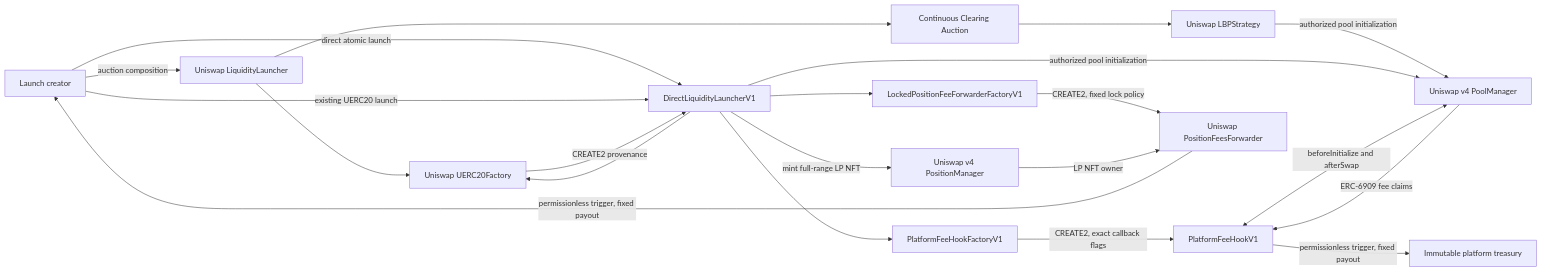
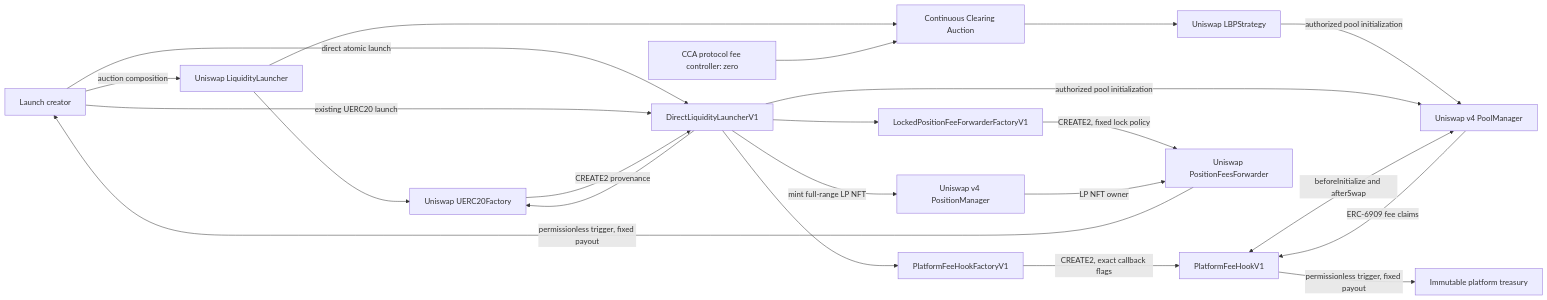
The first of 2 diagrams in contracts/security/diagrams/architecture.md (0xprogrammable/PROGRAMMABLE), drawn with Mermaid before and after one commit. The commit also changed other lines of this file and 26 other files, not shown here.

Commit message:
feat: add official v4 auction launch flow

````diff
--- a/contracts/security/diagrams/architecture.md
+++ b/contracts/security/diagrams/architecture.md
@@ -3,39 +3,41 @@
 ```mermaid
 flowchart LR
     Creator[Launch creator]
     OfficialLauncher[Uniswap LiquidityLauncher]
     Auction[Continuous Clearing Auction]
+    AuctionFeeController[CCA protocol fee controller: zero]
     Strategy[Uniswap LBPStrategy]
     DirectLauncher[DirectLiquidityLauncherV1]
     TokenFactory[Uniswap UERC20Factory]
     HookFactory[PlatformFeeHookFactoryV1]
     PositionFactory[LockedPositionFeeForwarderFactoryV1]
     Hook[PlatformFeeHookV1]
     PoolManager[Uniswap v4 PoolManager]
     PositionManager[Uniswap v4 PositionManager]
     Forwarder[Uniswap PositionFeesForwarder]
     Treasury[Immutable platform treasury]
 
     Creator -->|auction composition| OfficialLauncher
     OfficialLauncher --> TokenFactory
     OfficialLauncher --> Auction
+    AuctionFeeController --> Auction
     Auction --> Strategy
     Strategy -->|authorized pool initialization| PoolManager
 
     Creator -->|direct atomic launch| DirectLauncher
     DirectLauncher --> TokenFactory
     DirectLauncher --> HookFactory
     DirectLauncher --> PositionFactory
     DirectLauncher -->|authorized pool initialization| PoolManager
     DirectLauncher -->|mint full-range LP NFT| PositionManager
     Creator -->|existing UERC20 launch| DirectLauncher
     TokenFactory -->|CREATE2 provenance| DirectLauncher
 
     HookFactory -->|CREATE2, exact callback flags| Hook
     PositionFactory -->|CREATE2, fixed lock policy| Forwarder
     PositionManager -->|LP NFT owner| Forwarder
     Hook <-->|beforeInitialize and afterSwap| PoolManager
     PoolManager -->|ERC-6909 fee claims| Hook
     Hook -->|permissionless trigger, fixed payout| Treasury
     Forwarder -->|permissionless trigger, fixed payout| Creator
 ```
````
